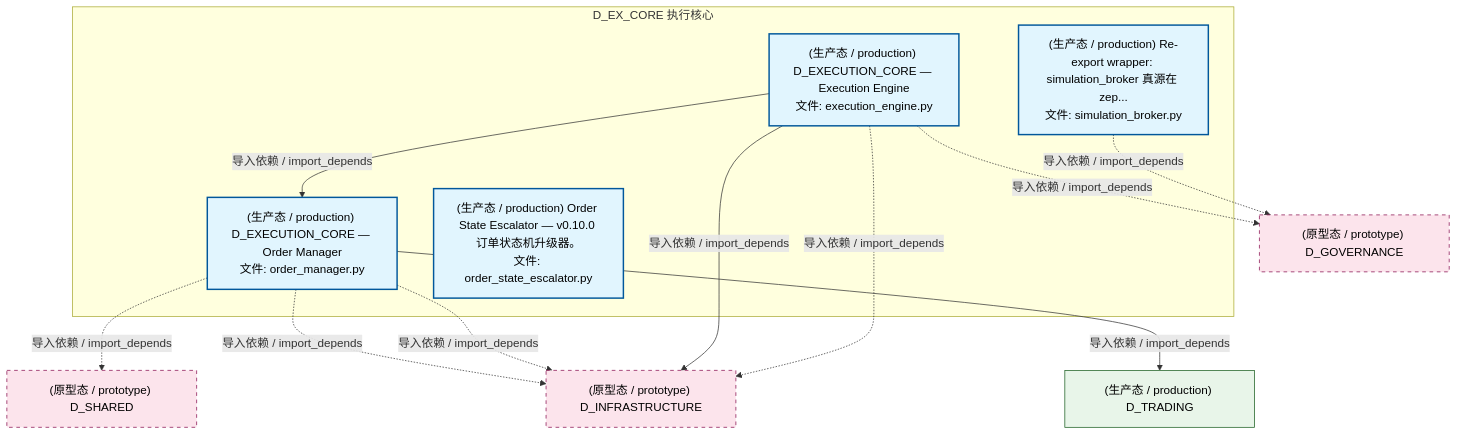
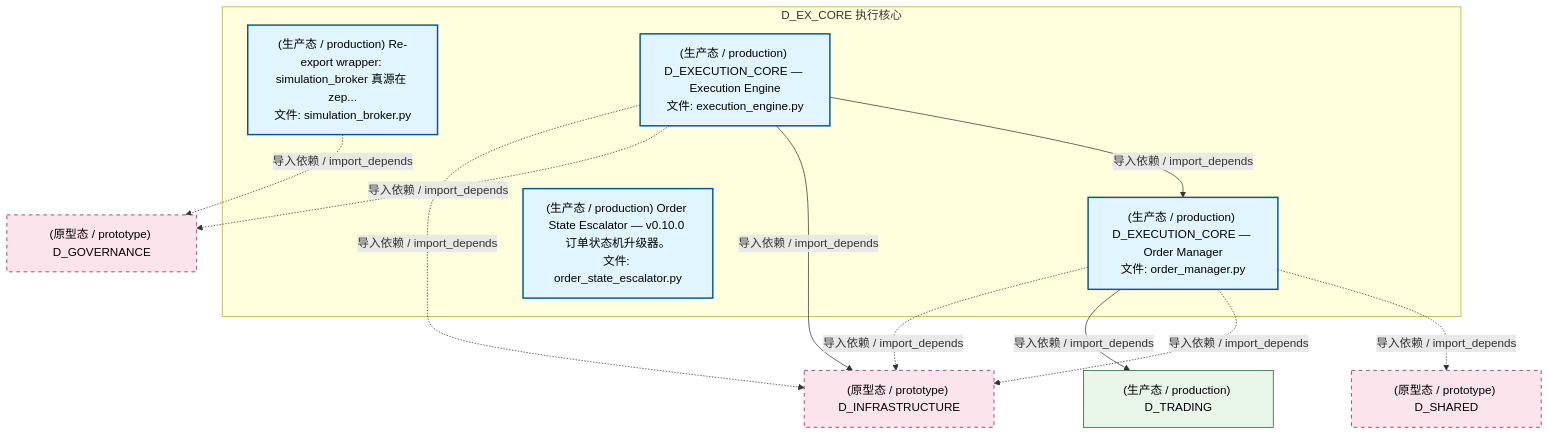
The second of 5 diagrams in docs/02_enterprise_architecture/02_domain_architecture_docs/34_d_ex_core.md (xuanFelixVan/ZephyrAlpha), drawn with Mermaid before and after one commit. The commit also changed 94 other files, not shown here.

````diff
--- a/docs/02_enterprise_architecture/02_domain_architecture_docs/34_d_ex_core.md
+++ b/docs/02_enterprise_architecture/02_domain_architecture_docs/34_d_ex_core.md
@@ -126,29 +126,29 @@
 ```mermaid
 graph TD
     subgraph D_EX_CORE["D_EX_CORE 执行核心"]
         src_zephyr_ex_core_adapters_simulation_broker_py["(生产态 / production) Re-export wrapper: simulation_broker 真源在 zep...<br/>文件: simulation_broker.py"]
         src_zephyr_ex_core_execution_engine_py["(生产态 / production) D_EXECUTION_CORE — Execution Engine<br/>文件: execution_engine.py"]
         src_zephyr_ex_core_order_manager_py["(生产态 / production) D_EXECUTION_CORE — Order Manager<br/>文件: order_manager.py"]
         src_zephyr_governance_escalation_order_state_escalator_py["(生产态 / production) Order State Escalator — v0.10.0 订单状态机升级器。<br/>文件: order_state_escalator.py"]
     end
     src_zephyr_ex_core_execution_engine_py -->|导入依赖 / import_depends| src_zephyr_ex_core_order_manager_py
+    D_GOVERNANCE["(原型态 / prototype) D_GOVERNANCE"]
+    src_zephyr_ex_core_adapters_simulation_broker_py -.->|导入依赖 / import_depends| D_GOVERNANCE
     D_SHARED["(原型态 / prototype) D_SHARED"]
     src_zephyr_ex_core_order_manager_py -.->|导入依赖 / import_depends| D_SHARED
     D_INFRASTRUCTURE["(原型态 / prototype) D_INFRASTRUCTURE"]
     src_zephyr_ex_core_order_manager_py -.->|导入依赖 / import_depends| D_INFRASTRUCTURE
     D_TRADING["(生产态 / production) D_TRADING"]
     src_zephyr_ex_core_order_manager_py -->|导入依赖 / import_depends| D_TRADING
     src_zephyr_ex_core_order_manager_py -.->|导入依赖 / import_depends| D_INFRASTRUCTURE
     src_zephyr_ex_core_execution_engine_py -->|导入依赖 / import_depends| D_INFRASTRUCTURE
-    D_GOVERNANCE["(原型态 / prototype) D_GOVERNANCE"]
     src_zephyr_ex_core_execution_engine_py -.->|导入依赖 / import_depends| D_GOVERNANCE
     src_zephyr_ex_core_execution_engine_py -.->|导入依赖 / import_depends| D_INFRASTRUCTURE
-    src_zephyr_ex_core_adapters_simulation_broker_py -.->|导入依赖 / import_depends| D_GOVERNANCE
     classDef production fill:#e1f5fe,stroke:#01579b,stroke-width:2px,color:#000
     classDef design fill:#fff3e0,stroke:#e65100,stroke-width:2px,color:#000,stroke-dasharray: 5 5
     classDef external_prod fill:#e8f5e9,stroke:#1b5e20,stroke-width:1px,color:#000
     classDef external_design fill:#fce4ec,stroke:#880e4f,stroke-width:1px,color:#000,stroke-dasharray: 5 5
     class src_zephyr_ex_core_adapters_simulation_broker_py,src_zephyr_ex_core_execution_engine_py,src_zephyr_ex_core_order_manager_py,src_zephyr_governance_escalation_order_state_escalator_py production
     class D_TRADING external_prod
-    class D_SHARED,D_INFRASTRUCTURE,D_GOVERNANCE external_design
+    class D_GOVERNANCE,D_SHARED,D_INFRASTRUCTURE external_design
 ```
````
